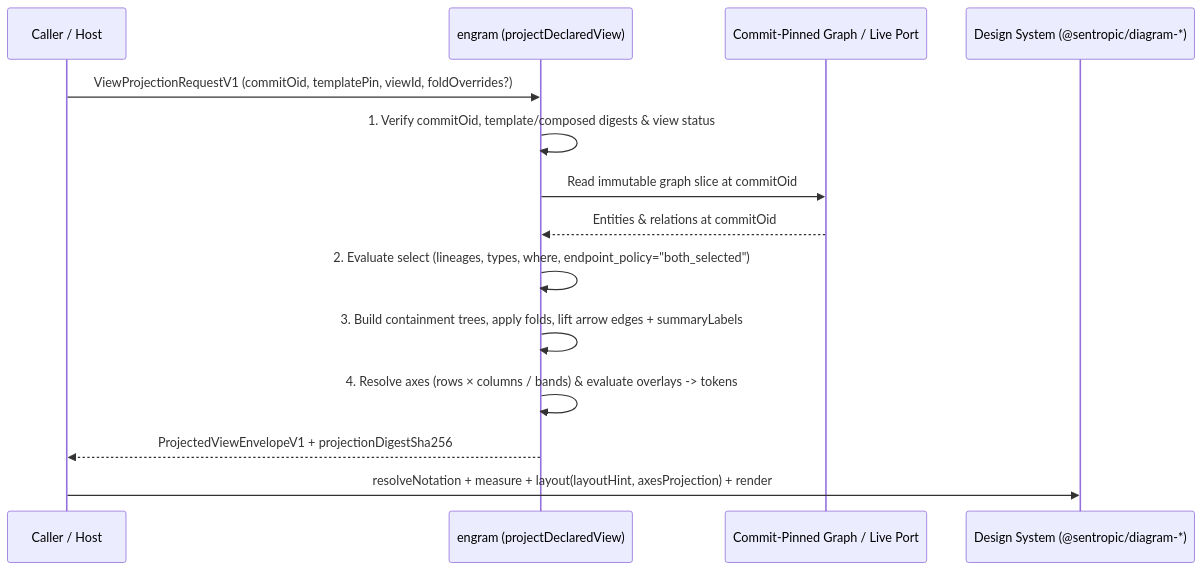
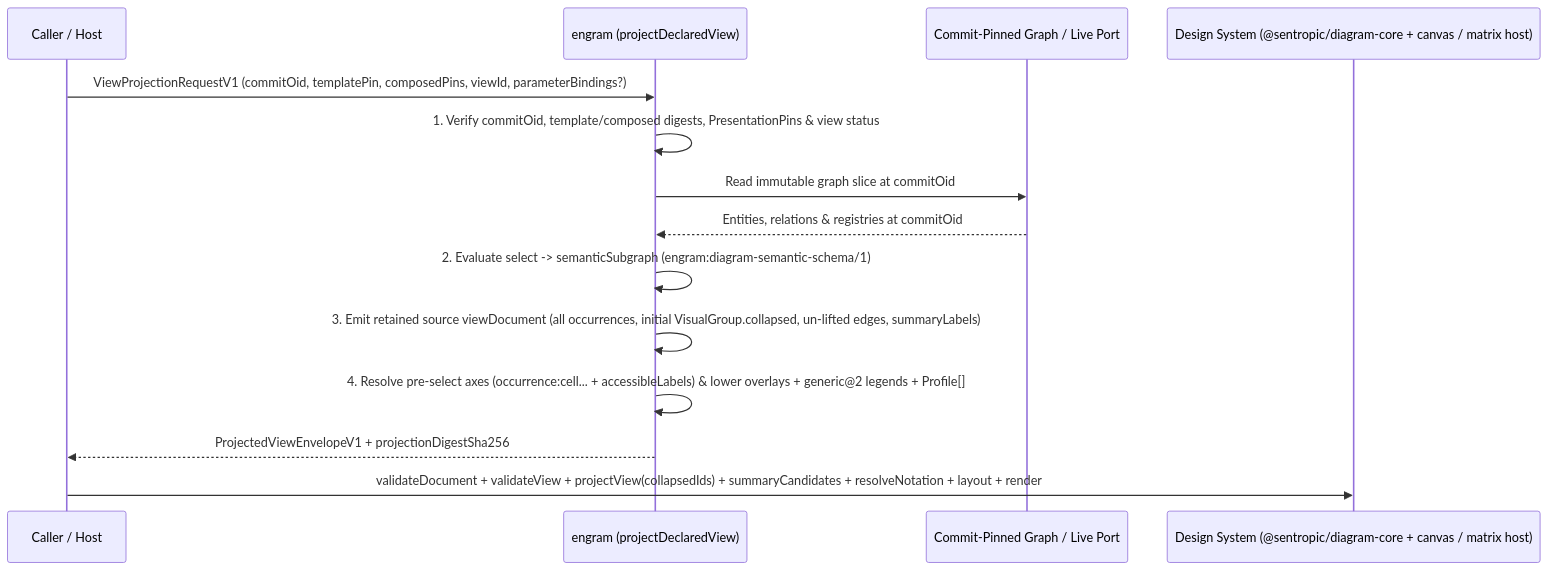
Before and after one commit to rhanka/engram: the diagram in spec/SPEC_ENGRAM_PROFILE_VIEW_MECHANISM.md, drawn with Mermaid. The commit also changed other lines of this file and 4 other files, not shown here.

First line of the commit message:
spec(ontology): fold the DS and ontology reviews into the view mechanism

````diff
--- a/spec/SPEC_ENGRAM_PROFILE_VIEW_MECHANISM.md
+++ b/spec/SPEC_ENGRAM_PROFILE_VIEW_MECHANISM.md
@@ -858,17 +1032,17 @@
 ```mermaid
 sequenceDiagram
     participant Host as Caller / Host
     participant Engram as engram (projectDeclaredView)
     participant Store as Commit-Pinned Graph / Live Port
-    participant DS as Design System (@sentropic/diagram-*)
+    participant DS as Design System (@sentropic/diagram-core + canvas / matrix host)
 
-    Host->>Engram: ViewProjectionRequestV1 (commitOid, templatePin, viewId, foldOverrides?)
-    Engram->>Engram: 1. Verify commitOid, template/composed digests & view status
+    Host->>Engram: ViewProjectionRequestV1 (commitOid, templatePin, composedPins, viewId, parameterBindings?)
+    Engram->>Engram: 1. Verify commitOid, template/composed digests, PresentationPins & view status
     Engram->>Store: Read immutable graph slice at commitOid
-    Store-->>Engram: Entities & relations at commitOid
-    Engram->>Engram: 2. Evaluate select (lineages, types, where, endpoint_policy="both_selected")
-    Engram->>Engram: 3. Build containment trees, apply folds, lift arrow edges + summaryLabels
-    Engram->>Engram: 4. Resolve axes (rows × columns / bands) & evaluate overlays -> tokens
+    Store-->>Engram: Entities, relations & registries at commitOid
+    Engram->>Engram: 2. Evaluate select -> semanticSubgraph (engram:diagram-semantic-schema/1)
+    Engram->>Engram: 3. Emit retained source viewDocument (all occurrences, initial VisualGroup.collapsed, un-lifted edges, summaryLabels)
+    Engram->>Engram: 4. Resolve pre-select axes (occurrence:cell... + accessibleLabels) & lower overlays + generic@2 legends + Profile[]
     Engram-->>Host: ProjectedViewEnvelopeV1 + projectionDigestSha256
-    Host->>DS: resolveNotation + measure + layout(layoutHint, axesProjection) + render
+    Host->>DS: validateDocument + validateView + projectView(collapsedIds) + summaryCandidates + resolveNotation + layout + render
 ```
````
